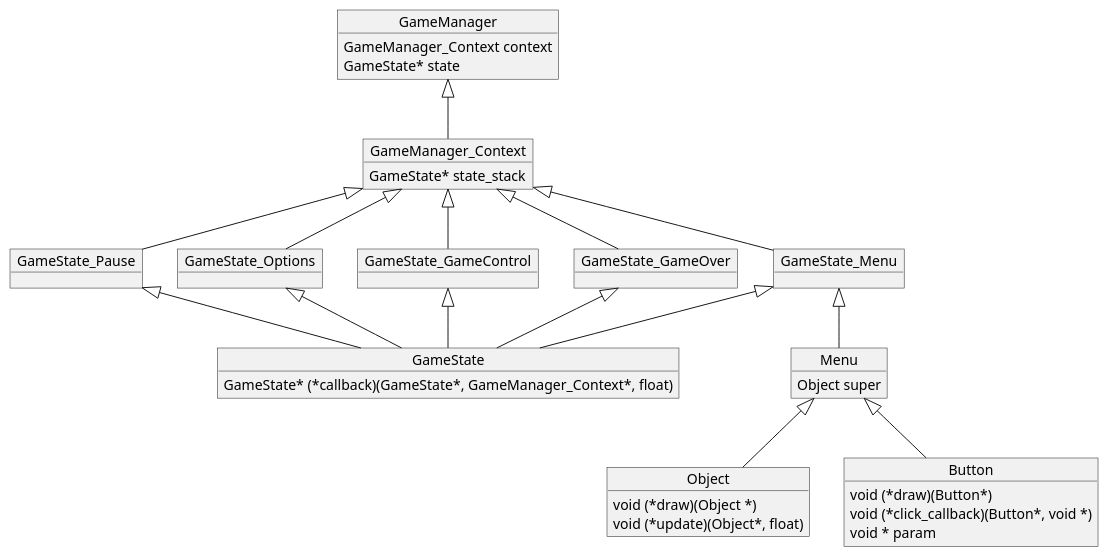
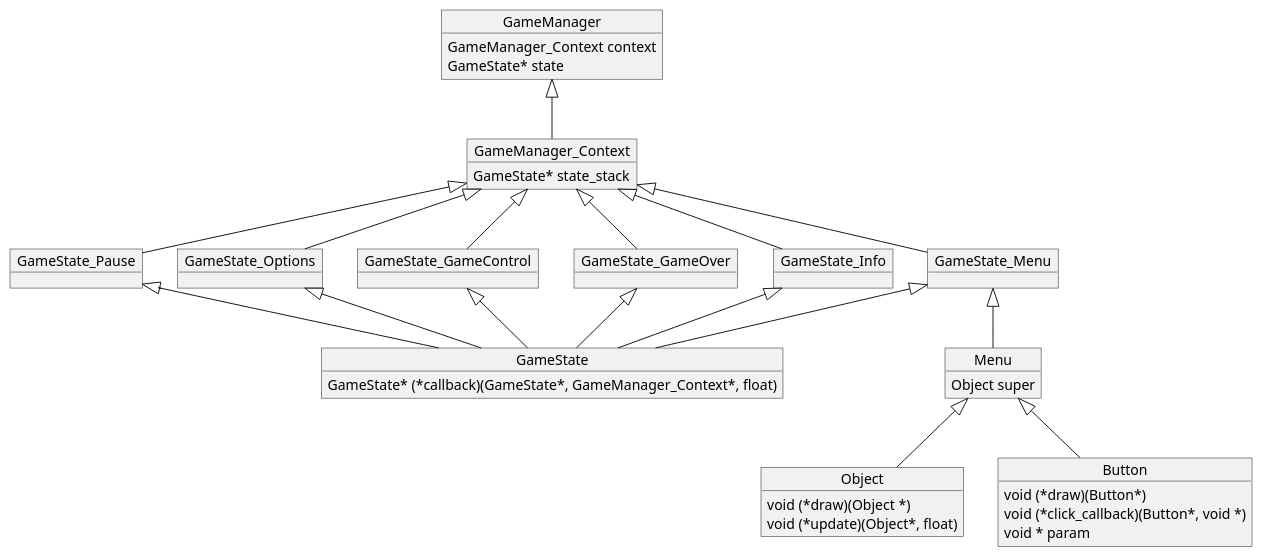
Before and after one commit to sooneoo/why2: the diagram in doc/arch.puml, drawn with PlantUML. The commit also changed 2 other files, not shown here.

Commit message:
0.2.0 - base architecture, GUI, game state manager

```diff
--- a/doc/arch.puml
+++ b/doc/arch.puml
@@ -1,57 +1,61 @@
 @startuml
 
 object GameState {
     GameState* (*callback)(GameState*, GameManager_Context*, float)
 }
 
 object GameManager_Context {
     GameState* state_stack
 }
 
 object GameState_Menu
 object GameState_Pause
 object GameState_Options
 object GameState_GameControl
 object GameState_GameOver
+object GameState_Info
 
 object GameManager {
     GameManager_Context context
     GameState* state
 }
 
 object Object {
     void (*draw)(Object *)
     void (*update)(Object*, float)
 }
 
 object Button {
     void (*draw)(Button*)
     void (*click_callback)(Button*, void *)
     void * param
 }
 
 
 object Menu {
     Object super
 }
 
 
 GameManager <|-- GameManager_Context
 GameManager_Context <|-- GameState_Menu
 GameManager_Context <|-- GameState_Pause
 GameManager_Context <|-- GameState_Options
 GameManager_Context <|-- GameState_GameControl
 GameManager_Context <|-- GameState_GameOver
+GameManager_Context <|-- GameState_Info
 
 GameState_Menu <|-- GameState
 GameState_Pause <|-- GameState
 GameState_Options <|-- GameState
 GameState_GameControl <|-- GameState
 GameState_GameOver <|-- GameState
+GameState_Info <|-- GameState
+
 
 Menu <|-- Object
 Menu <|-- Button
 
 GameState_Menu <|-- Menu
 
 @enduml
```
